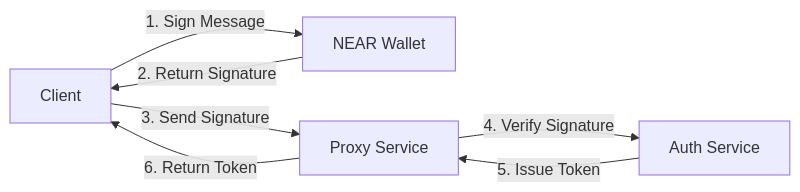
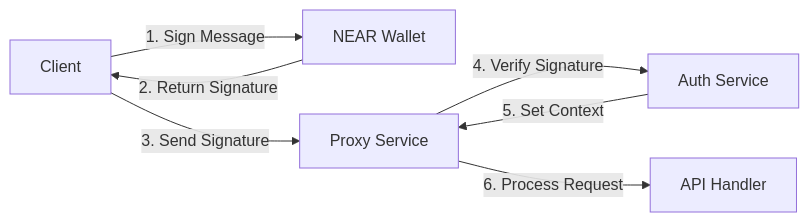
Before and after one commit to open-crosspost/open-crosspost-proxy-service: the fourth of 7 diagrams in memory-bank/security-plan.md, drawn with Mermaid. The commit also changed other lines of this file and 22 other files, not shown here.

````diff
--- a/memory-bank/security-plan.md
+++ b/memory-bank/security-plan.md
@@ -27,9 +51,9 @@
 ```mermaid
 flowchart LR
     A[Client] -->|1. Sign Message| B[NEAR Wallet]
     B -->|2. Return Signature| A
     A -->|3. Send Signature| C[Proxy Service]
     C -->|4. Verify Signature| D[Auth Service]
-    D -->|5. Issue Token| C
-    C -->|6. Return Token| A
+    D -->|5. Set Context| C
+    C -->|6. Process Request| E[API Handler]
 ```
````
